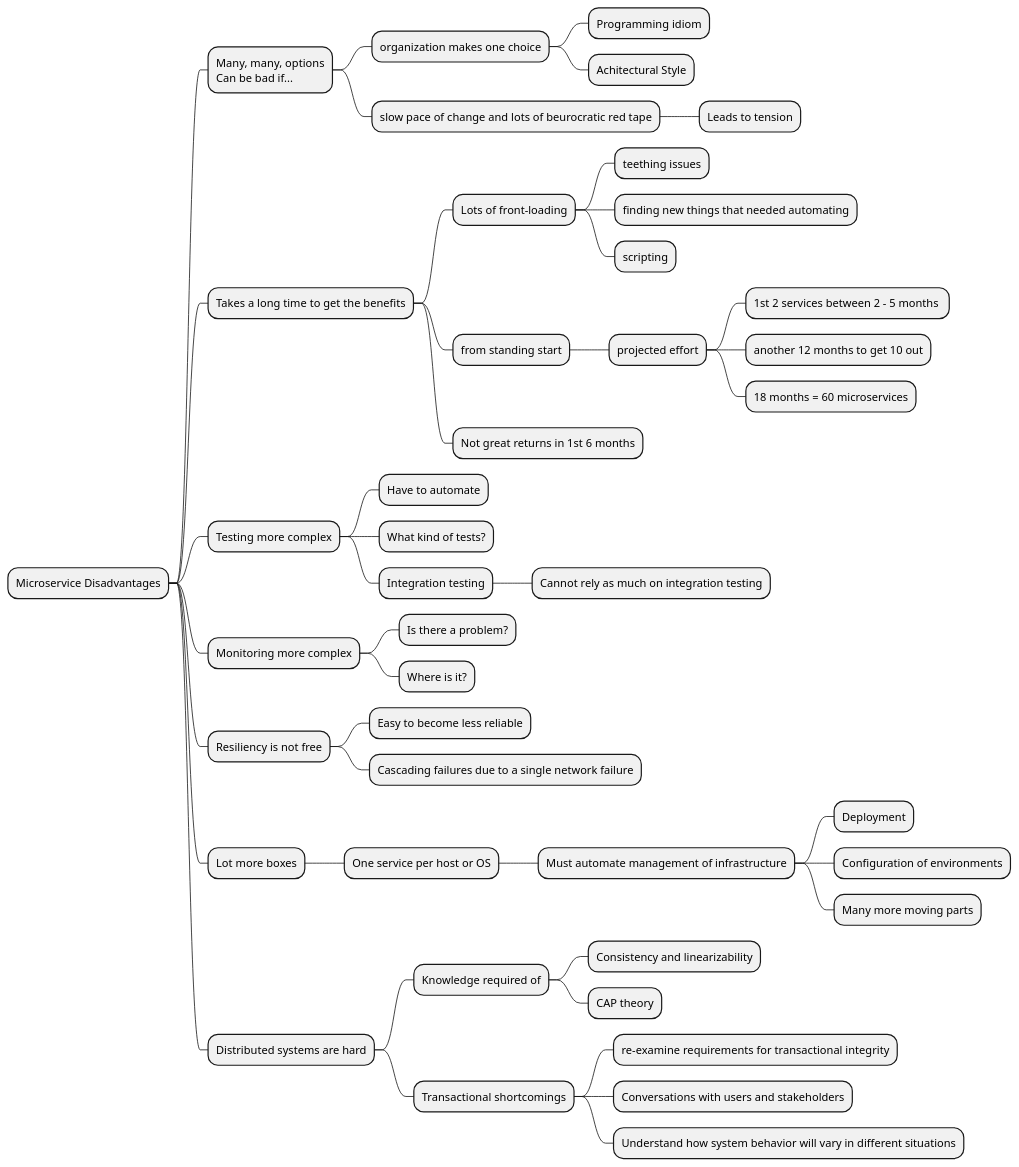
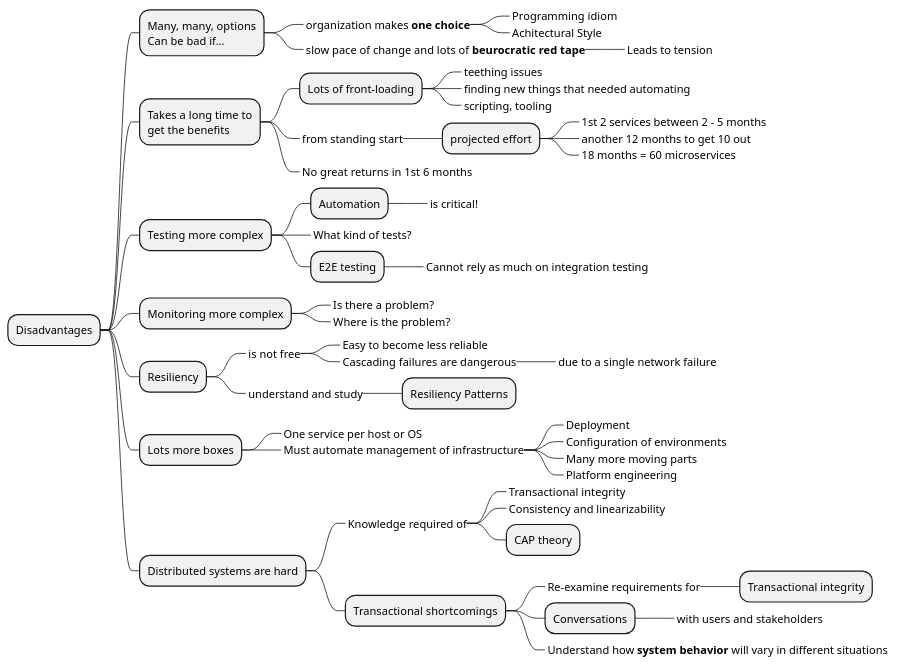
Before and after one commit to bobbyache/study-diagrams: the diagram in microservices/disadvantages.plantuml, drawn with PlantUML. The commit also changed 6 other files, not shown here.

Commit message:
Updates to microservice mind maps

```diff
--- a/microservices/disadvantages.plantuml
+++ b/microservices/disadvantages.plantuml
@@ -1,57 +1,66 @@
-@startmindmap
+@startmindmap "Disadvantages"
 
 ' Look for the Art of Scalability as a book Martin L Abbot
 
-+ Microservice Disadvantages
++ Disadvantages
 
 ++ Many, many, options\nCan be bad if...
-+++ organization makes one choice
-++++ Programming idiom
-++++ Achitectural Style
-+++ slow pace of change and lots of beurocratic red tape
-++++ Leads to tension
++++_ organization makes **one choice**
+++++_ Programming idiom
+++++_ Achitectural Style
++++_ slow pace of change and lots of **beurocratic red tape**
+++++_ Leads to tension
 
-++ Takes a long time to get the benefits
+++ Takes a long time to\nget the benefits
 +++ Lots of front-loading
-++++ teething issues
-++++ finding new things that needed automating
-++++ scripting
-+++ from standing start
+++++_ teething issues
+++++_ finding new things that needed automating
+++++_ scripting, tooling
++++_ from standing start
 ++++ projected effort
-+++++ 1st 2 services between 2 - 5 months 
-+++++ another 12 months to get 10 out
-+++++ 18 months = 60 microservices
-+++ Not great returns in 1st 6 months
++++++_ 1st 2 services between 2 - 5 months 
++++++_ another 12 months to get 10 out
++++++_ 18 months = 60 microservices
++++_ No great returns in 1st 6 months
 
 
 ++ Testing more complex
-+++ Have to automate
-+++ What kind of tests?
-+++ Integration testing
-++++ Cannot rely as much on integration testing
++++ Automation
+++++_ is critical!
++++_ What kind of tests?
++++ E2E testing
+++++_ Cannot rely as much on integration testing
 
 ++ Monitoring more complex
-+++ Is there a problem?
-+++ Where is it?
++++_ Is there a problem?
++++_ Where is the problem?
 
-++ Resiliency is not free
-+++ Easy to become less reliable
-+++ Cascading failures due to a single network failure
+++ Resiliency
++++_ is not free
+++++_ Easy to become less reliable
+++++_ Cascading failures are dangerous
++++++_ due to a single network failure
++++_ understand and study
+++++ Resiliency Patterns
 
-++ Lot more boxes
-+++ One service per host or OS
-++++ Must automate management of infrastructure
-+++++ Deployment
-+++++ Configuration of environments
-+++++ Many more moving parts
+++ Lots more boxes
++++_ One service per host or OS
++++_ Must automate management of infrastructure
+++++_ Deployment
+++++_ Configuration of environments
+++++_ Many more moving parts
+++++_ Platform engineering
 
 ++ Distributed systems are hard
-+++ Knowledge required of
-++++ Consistency and linearizability
++++_ Knowledge required of
+++++_ Transactional integrity
+++++_ Consistency and linearizability
 ++++ CAP theory
 +++ Transactional shortcomings
-++++ re-examine requirements for transactional integrity
-++++ Conversations with users and stakeholders
-++++ Understand how system behavior will vary in different situations
+++++_ Re-examine requirements for
++++++ Transactional integrity
+++++ Conversations
++++++_ with users and stakeholders
+++++_ Understand how **system behavior** will vary in different situations
 
 @endmindmap
```
